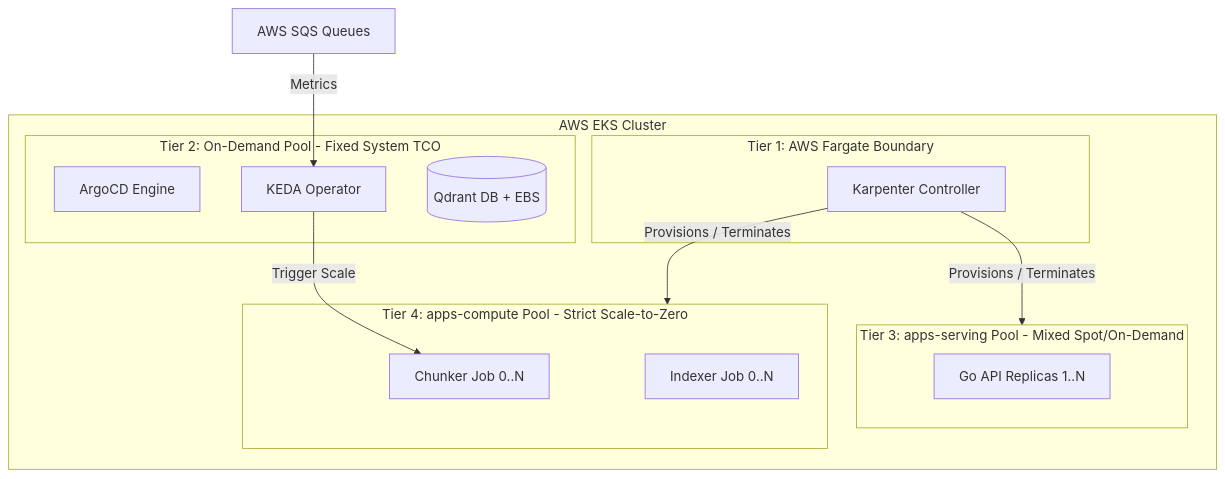
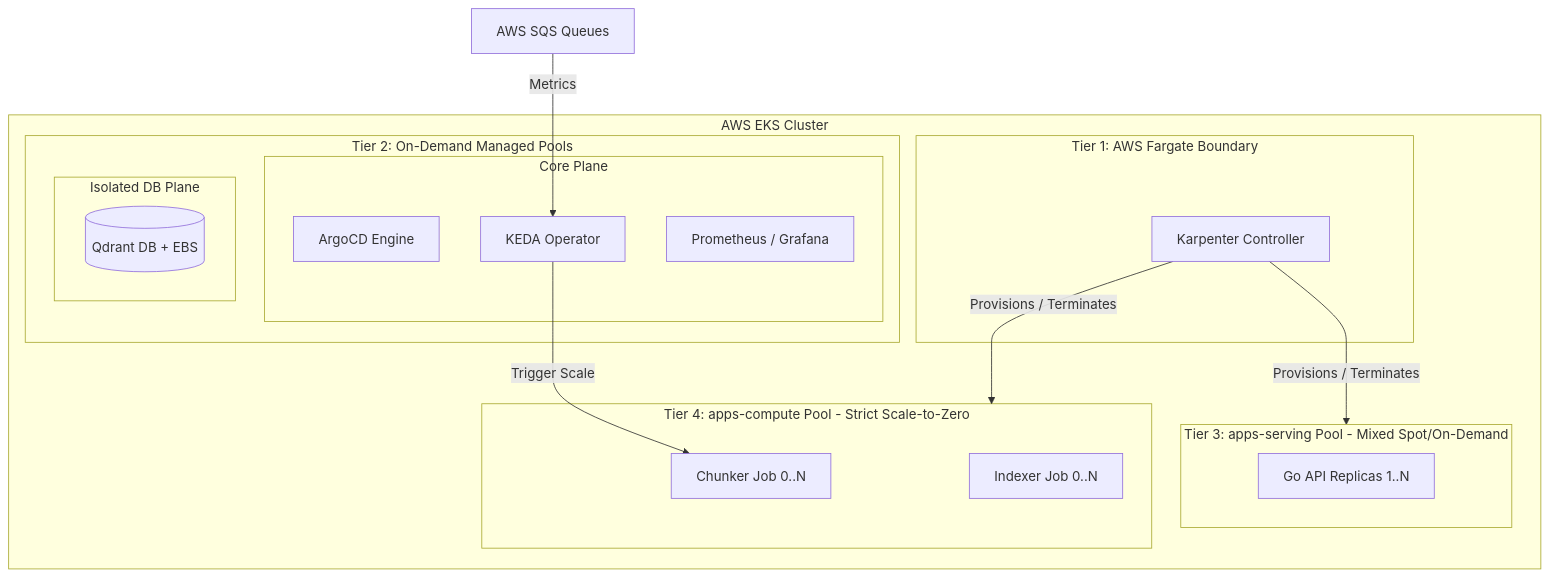
Before and after one commit to maksimillian1/simple-rag: the diagram in docs/adr/0010-k8s-topology.md, drawn with Mermaid. The commit also changed other lines of this file and 13 other files, not shown here.

````diff
--- a/docs/adr/0010-k8s-topology.md
+++ b/docs/adr/0010-k8s-topology.md
@@ -33,25 +35,30 @@
 ```mermaid
 graph TD
     subgraph AWS_EKS_Cluster [AWS EKS Cluster]
         subgraph Fargate_Isolation [Tier 1: AWS Fargate Boundary]
             Karpenter[Karpenter Controller]
         end
-        subgraph On_Demand_Pool [Tier 2: On-Demand Pool - Fixed System TCO]
-            ArgoCD[ArgoCD Engine]
-            KEDA[KEDA Operator]
-            Qdrant[(Qdrant DB + EBS)]
+        subgraph On_Demand_Pool [Tier 2: On-Demand Managed Pools]
+            subgraph Core_Control_Plane [Core Plane]
+                ArgoCD[ArgoCD Engine]
+                KEDA[KEDA Operator]
+                Observability[Prometheus / Grafana]
+            end
+            subgraph DB_Pool [Isolated DB Plane]
+                Qdrant[(Qdrant DB + EBS)]
+            end
         end
         subgraph Serving_Pool [Tier 3: apps-serving Pool - Mixed Spot/On-Demand]
             GoAPI[Go API Replicas 1..N]
         end
         subgraph Spot_Pool [Tier 4: apps-compute Pool - Strict Scale-to-Zero]
             Chunker[Chunker Job 0..N]
             Indexer[Indexer Job 0..N]
         end
     end
 
     SQS[AWS SQS Queues] -->|Metrics| KEDA
     KEDA -->|Trigger Scale| Chunker
     Karpenter -->|Provisions / Terminates| Serving_Pool
     Karpenter -->|Provisions / Terminates| Spot_Pool
 ```
````
